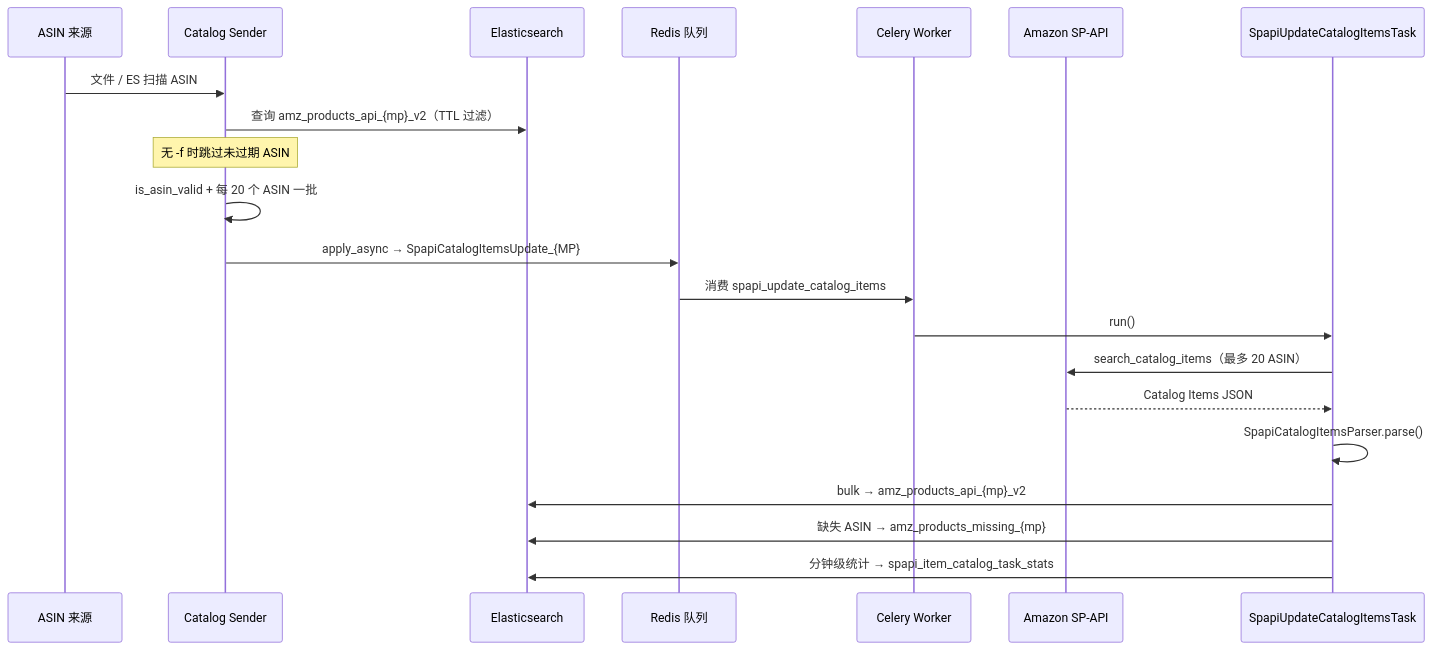
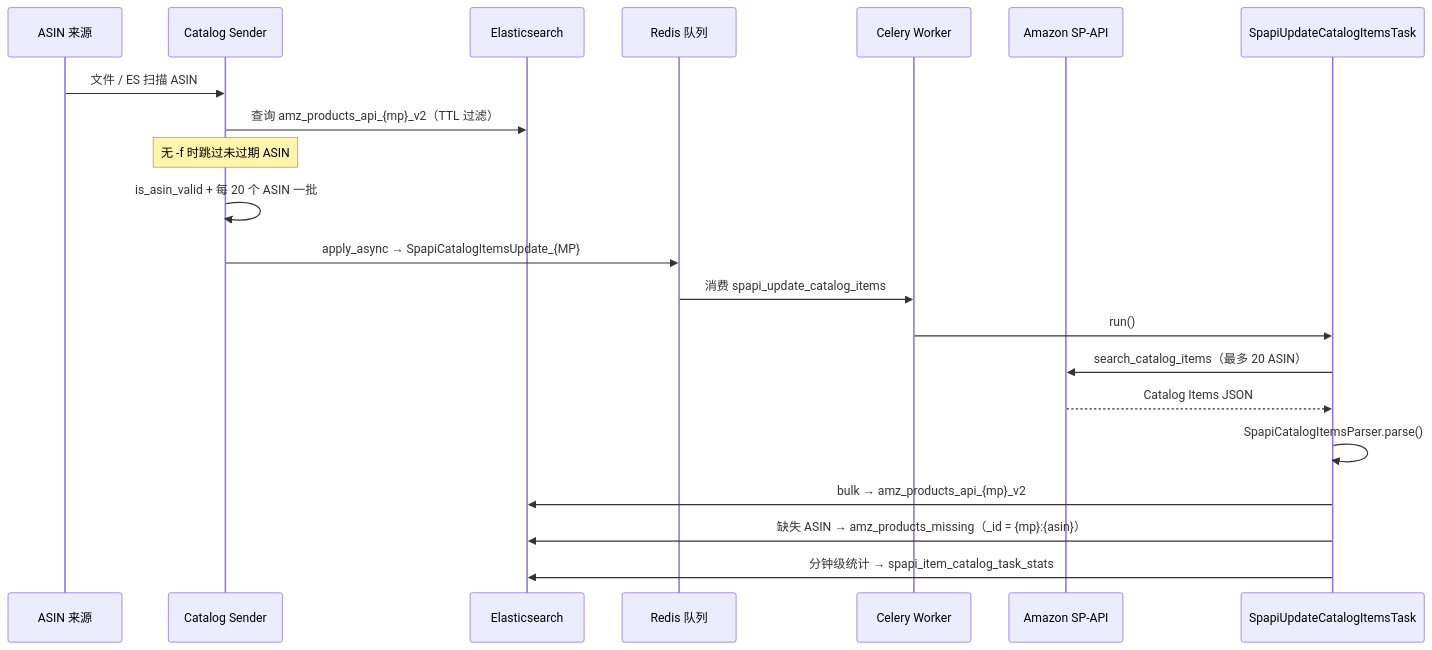
One commit to AriseshineSky/em-spapi-celery changed the third of 9 diagrams in docs/TECHNICAL.md. Above: the diagram before and after it, drawn with Mermaid. The commit also changed other lines of this file and 3 other files, not shown here.

First line of the commit message:
Stop writing the legacy per-market missing-ASIN indices

````diff
--- a/docs/TECHNICAL.md
+++ b/docs/TECHNICAL.md
@@ -140,24 +140,24 @@
 ```mermaid
 sequenceDiagram
     participant Src as ASIN 来源
     participant Sender as Catalog Sender
     participant ES as Elasticsearch
     participant Redis as Redis 队列
     participant Worker as Celery Worker
     participant API as Amazon SP-API
     participant Task as SpapiUpdateCatalogItemsTask
 
     Src->>Sender: 文件 / ES 扫描 ASIN
     Sender->>ES: 查询 amz_products_api_{mp}_v2（TTL 过滤）
     Note over Sender: 无 -f 时跳过未过期 ASIN
     Sender->>Sender: is_asin_valid + 每 20 个 ASIN 一批
     Sender->>Redis: apply_async → SpapiCatalogItemsUpdate_{MP}
     Redis->>Worker: 消费 spapi_update_catalog_items
     Worker->>Task: run()
     Task->>API: search_catalog_items（最多 20 ASIN）
     API-->>Task: Catalog Items JSON
     Task->>Task: SpapiCatalogItemsParser.parse()
     Task->>ES: bulk → amz_products_api_{mp}_v2
-    Task->>ES: 缺失 ASIN → amz_products_missing_{mp}
+    Task->>ES: 缺失 ASIN → amz_products_missing（_id = {mp}:{asin}）
     Task->>ES: 分钟级统计 → spapi_item_catalog_task_stats
 ```
````
